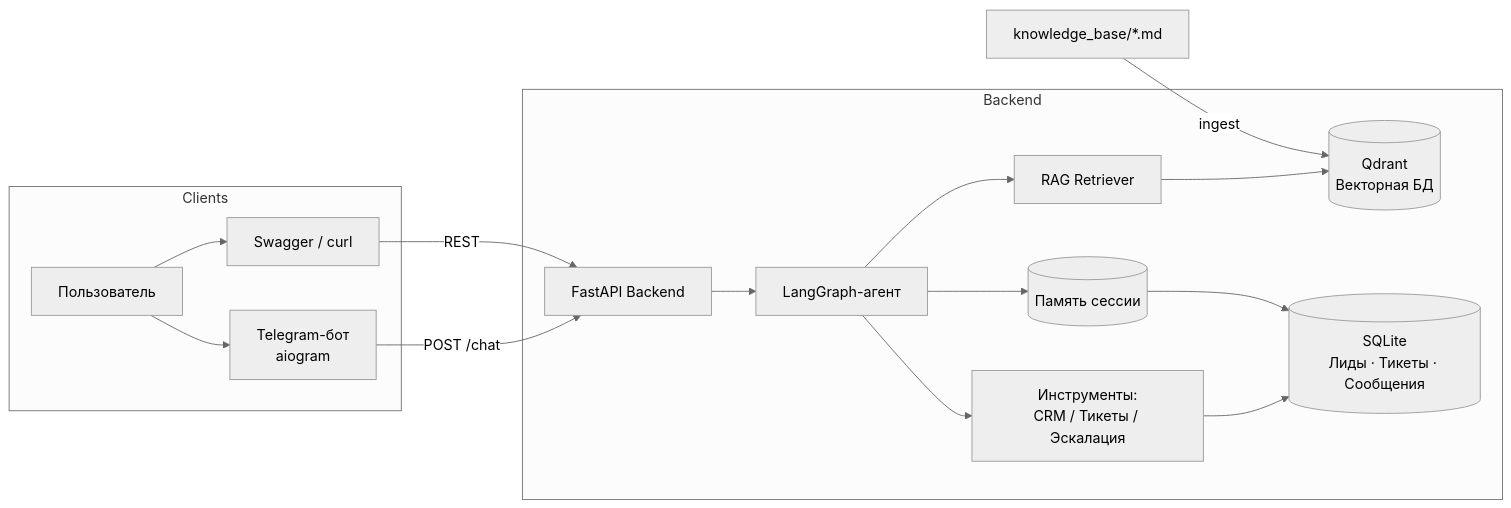
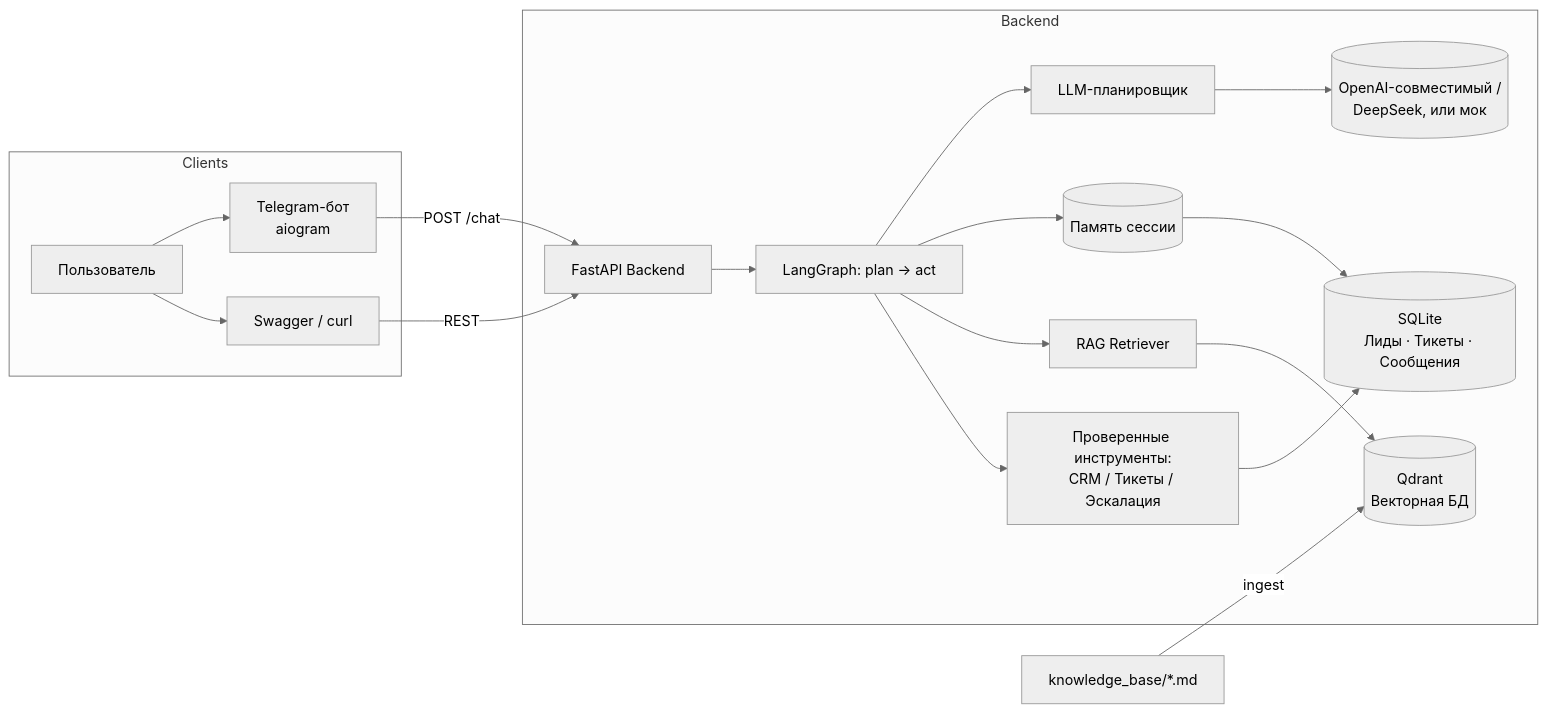
One commit to HullyMully/ai-marketing-agent-rag-langgraph changed the first of 2 diagrams in README.ru.md. Above: the diagram before and after it, drawn with Mermaid (neutral theme). The commit also changed other lines of this file and 17 other files, not shown here.

````diff
--- a/README.ru.md
+++ b/README.ru.md
@@ -127,21 +136,23 @@
 ```mermaid
 flowchart LR
     subgraph Clients
       U[Пользователь] --> TG[Telegram-бот<br/>aiogram]
       U --> SW[Swagger / curl]
     end
     TG -->|POST /chat| API[FastAPI Backend]
     SW -->|REST| API
 
     subgraph Backend
-      API --> AG[LangGraph-агент]
+      API --> AG[LangGraph: plan -> act]
+      AG --> PL[LLM-планировщик]
+      PL --> LLM[(OpenAI-совместимый /<br/>DeepSeek, или мок)]
       AG --> MEM[(Память сессии)]
       AG --> RAG[RAG Retriever]
-      AG --> TOOLS[Инструменты:<br/>CRM / Тикеты / Эскалация]
+      AG --> TOOLS[Проверенные инструменты:<br/>CRM / Тикеты / Эскалация]
       RAG --> QD[(Qdrant<br/>Векторная БД)]
       TOOLS --> DB[(SQLite<br/>Лиды · Тикеты · Сообщения)]
       MEM --> DB
     end
 
     KB[knowledge_base/*.md] -->|ingest| QD
 ```
````
